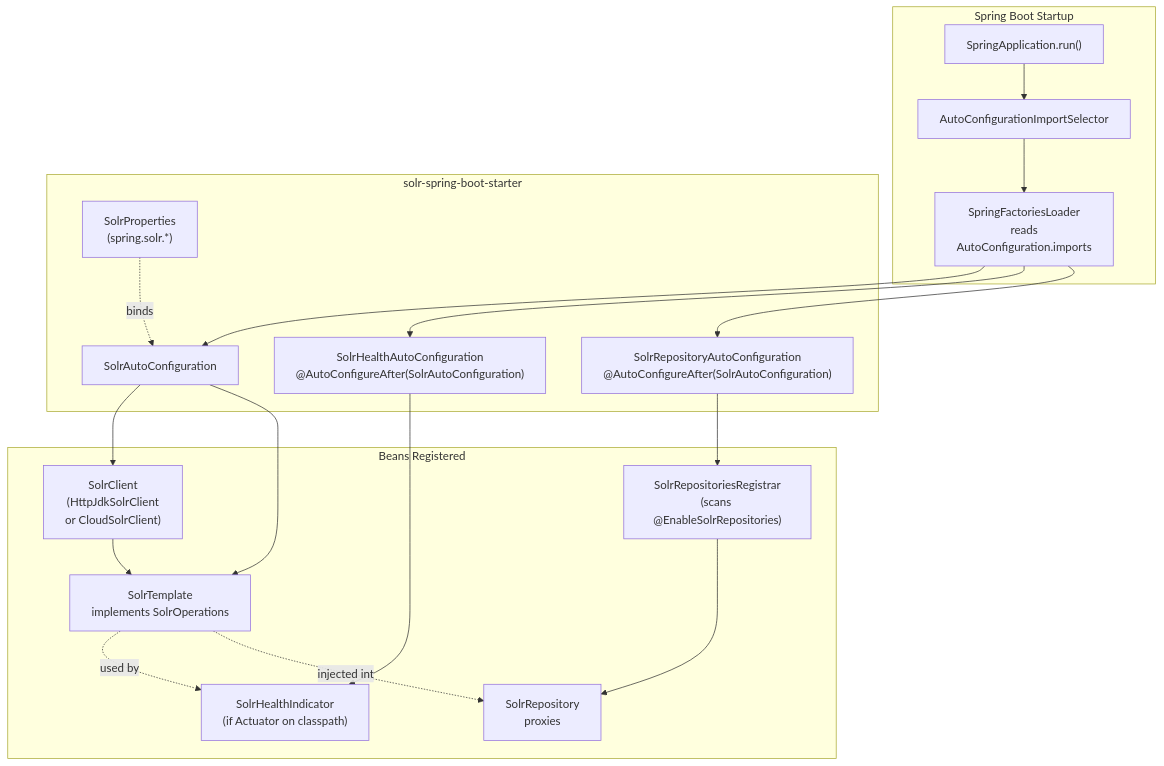
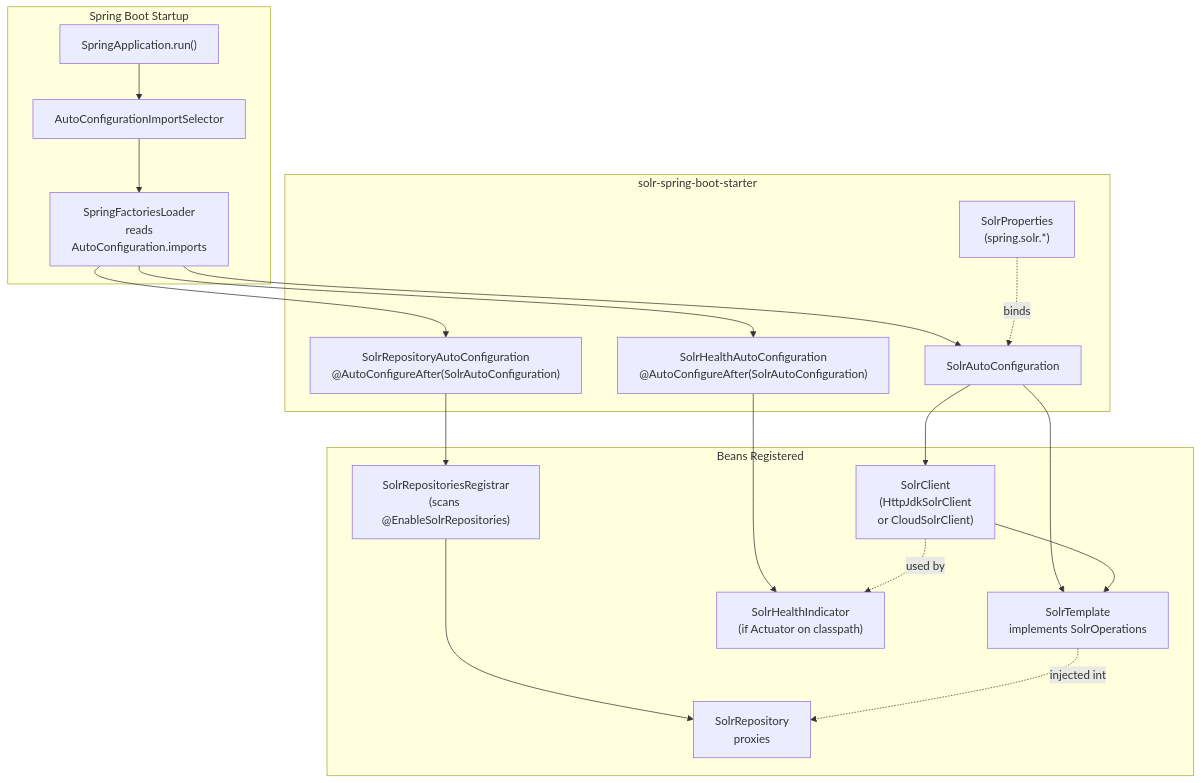
The first of 4 diagrams in docs/ARCHITECTURE.md (tomaytotomato/spring-data-solr), drawn with Mermaid before and after one commit. The commit also changed other lines of this file, not shown here.

First line of the commit message:
docs: fix inaccurate ARCHITECTURE.md diagrams

````diff
--- a/docs/ARCHITECTURE.md
+++ b/docs/ARCHITECTURE.md
@@ -17,40 +17,40 @@
 ```mermaid
 flowchart TD
   subgraph BootStartup["Spring Boot Startup"]
     SBA["SpringApplication.run()"]
     AC["AutoConfigurationImportSelector"]
     SFL["SpringFactoriesLoader<br/>reads<br/>AutoConfiguration.imports"]
     SBA --> AC --> SFL
   end
 
   subgraph Starter["solr-spring-boot-starter"]
     SP["SolrProperties<br/>(spring.solr.*)"]
     SAC["SolrAutoConfiguration"]
     SHAC["SolrHealthAutoConfiguration<br/>@AutoConfigureAfter(SolrAutoConfiguration)"]
     SRAC["SolrRepositoryAutoConfiguration<br/>@AutoConfigureAfter(SolrAutoConfiguration)"]
   end
 
   subgraph Beans["Beans Registered"]
     Client["SolrClient<br/>(HttpJdkSolrClient<br/> or CloudSolrClient)"]
     Template["SolrTemplate<br/>implements SolrOperations"]
     Health["SolrHealthIndicator<br/>(if Actuator on classpath)"]
     Registrar["SolrRepositoriesRegistrar<br/>(scans @EnableSolrRepositories)"]
     Repos["SolrRepository<T><br/>proxies"]
   end
 
   SFL --> SAC
   SFL --> SHAC
   SFL --> SRAC
 
   SP -.binds.-> SAC
   SAC --> Client
   SAC --> Template
   Client --> Template
 
   SHAC --> Health
-  Template -.used by.-> Health
+  Client -.used by.-> Health
 
   SRAC --> Registrar
   Registrar --> Repos
   Template -.injected into.-> Repos
 ```
````
